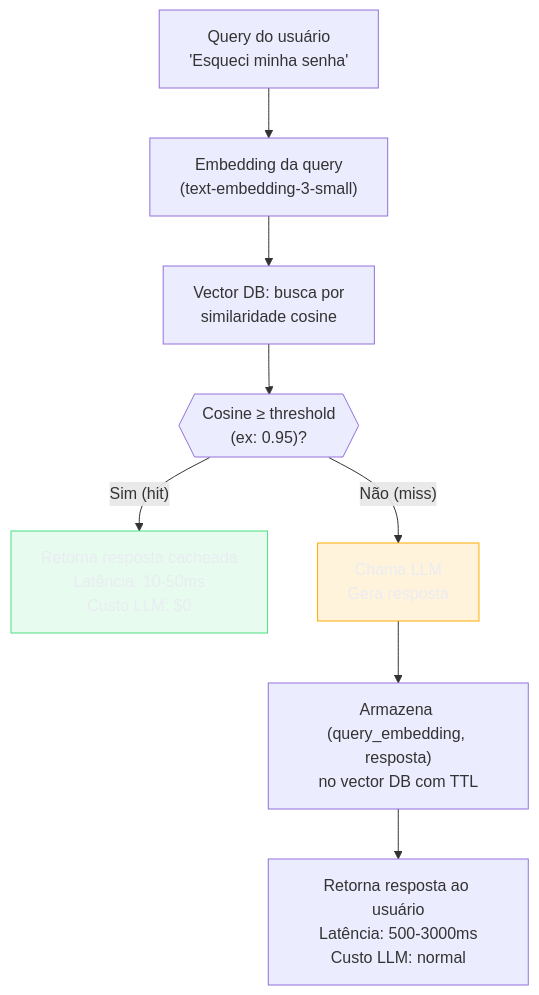
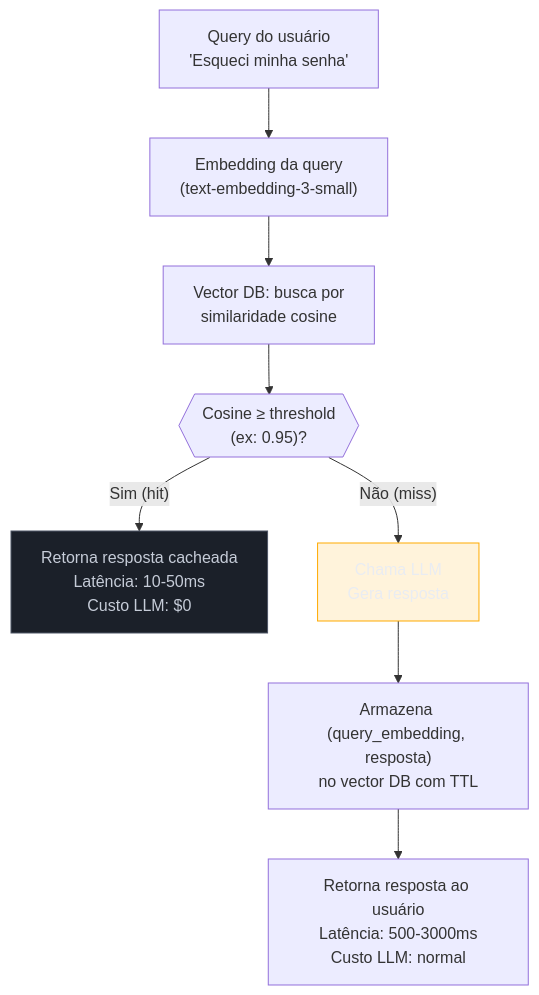
One commit to josenaldo/codex-technomanticus changed the diagram in 03-Dominios/Tecnologia/IA/Economia de Tokens/11 - Semantic caching.md. Above: the diagram before and after it, drawn with Mermaid. The commit also changed 601 other files, not shown here.

````diff
--- a/03-Dominios/Tecnologia/IA/Economia de Tokens/11 - Semantic caching.md
+++ b/03-Dominios/Tecnologia/IA/Economia de Tokens/11 - Semantic caching.md
@@ -56,15 +56,15 @@
 ```mermaid
 flowchart TD
-    classDef ok fill:#4ADE8021,stroke:#4ADE80,color:#E9ECF2
+    classDef neutro fill:#1B2029,stroke:#4E5666,color:#C6CCD8
     classDef destaque fill:#FFAA0024,stroke:#FFAA00,color:#E9ECF2
     A["Query do usuário\n'Esqueci minha senha'"] --> B["Embedding da query\n(text-embedding-3-small)"]
     B --> C["Vector DB: busca por\nsimilaridade cosine"]
     C --> D{{"Cosine ≥ threshold\n(ex: 0.95)?"}}
     D -- "Sim (hit)" --> E["Retorna resposta cacheada\nLatência: 10-50ms\nCusto LLM: $0"]
     D -- "Não (miss)" --> F["Chama LLM\nGera resposta"]
     F --> G["Armazena (query_embedding, resposta)\nno vector DB com TTL"]
     G --> H["Retorna resposta ao usuário\nLatência: 500-3000ms\nCusto LLM: normal"]
 
-    class E ok
+    class E neutro
     class F destaque
 ```
````
